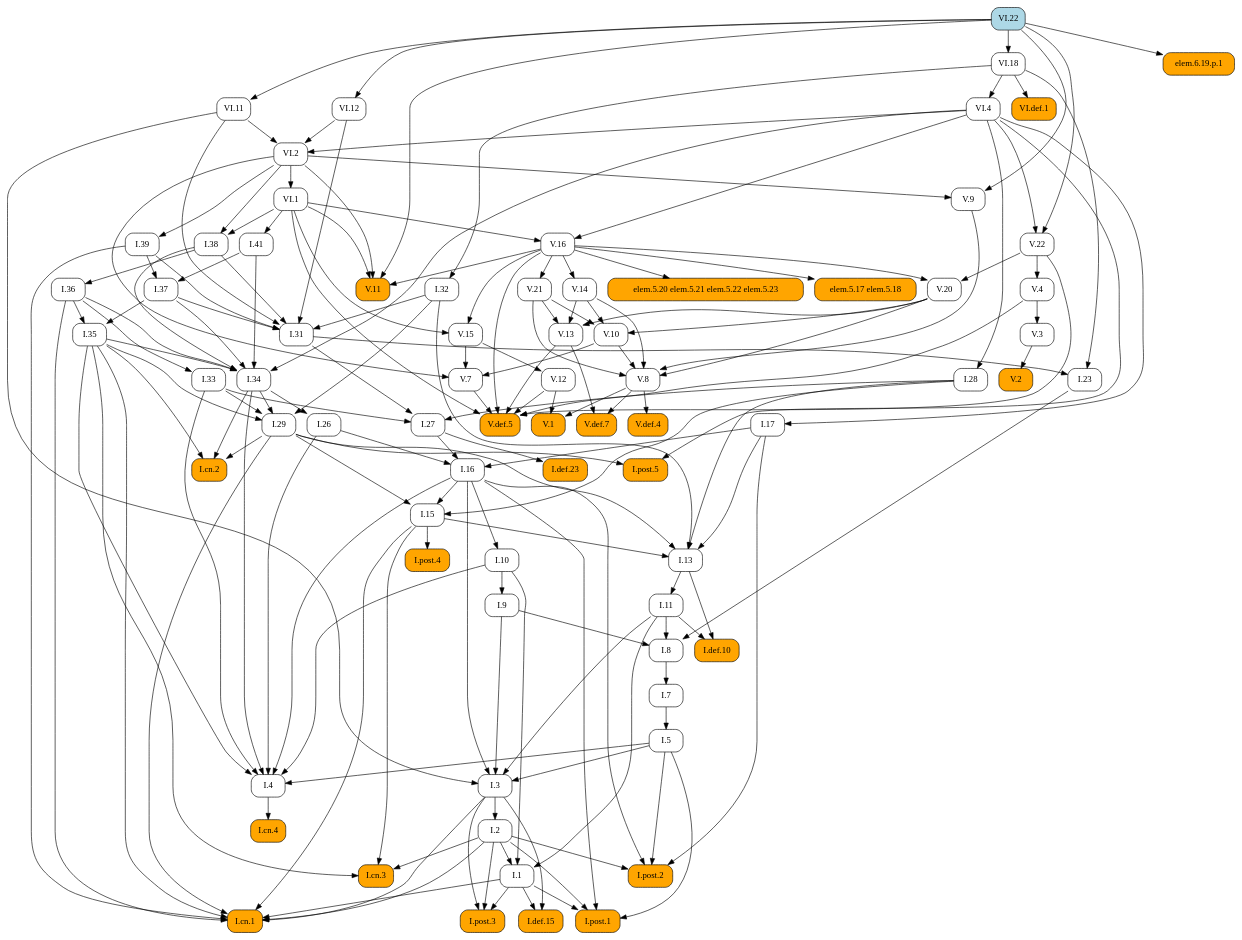
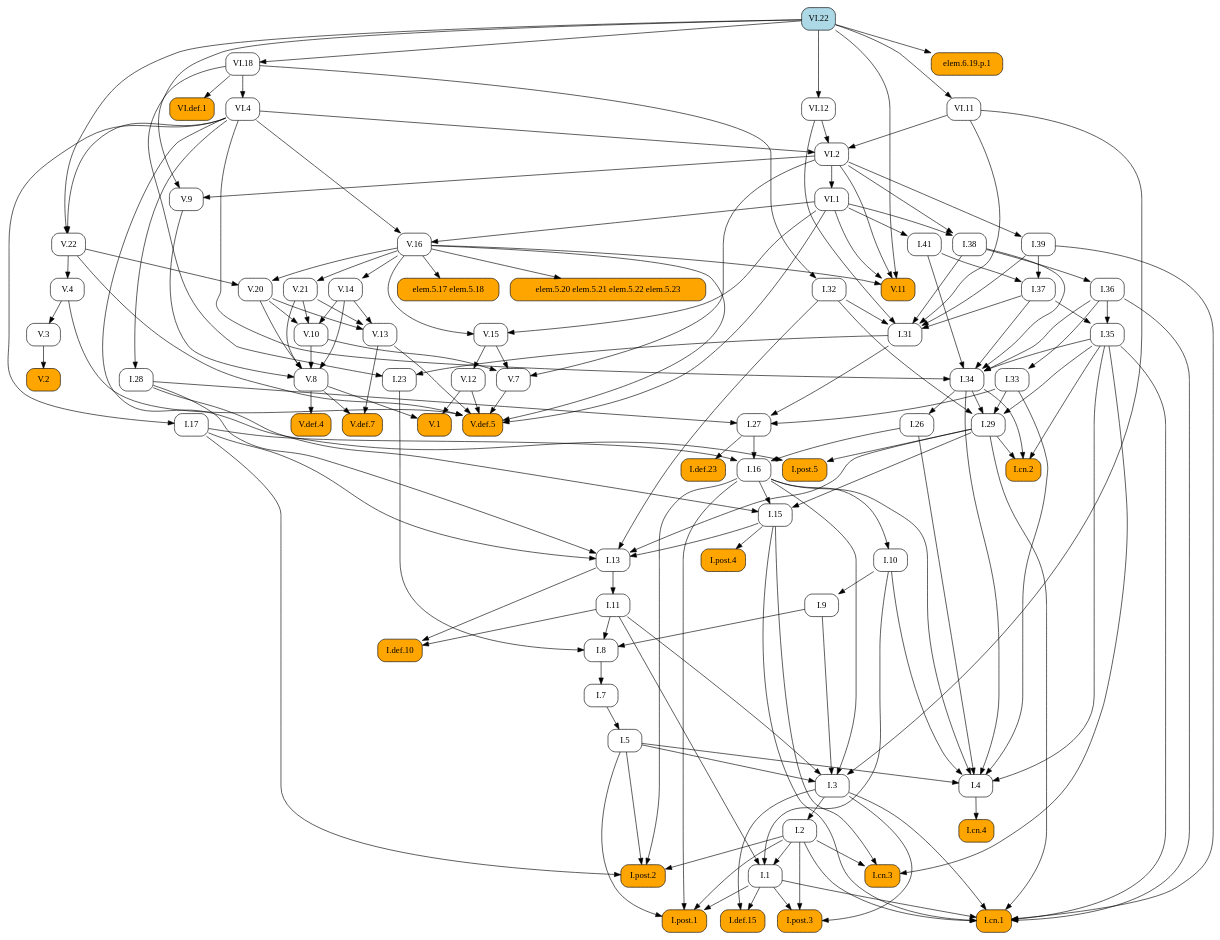
The diagram in docsrc/heath/VI/22/index.rst (geometor/elements), drawn with Graphviz before and after one commit. The commit also changed other lines of this file and 1029 other files, not shown here.

```diff
--- a/docsrc/heath/VI/22/index.rst
+++ b/docsrc/heath/VI/22/index.rst
@@ -92,149 +92,87 @@
    digraph {
      rankdir="TB";
      node [shape=box, style=rounded];
+     "I.def.10" [style="rounded,filled", fillcolor=orange, URL="/heath/I/def.10/", target="_top"];
+     "I.11" [URL="/heath/I/11/", target="_top"];
+     "I.post.4" [style="rounded,filled", fillcolor=orange, URL="/heath/I/post.4/", target="_top"];
+     "I.28" [URL="/heath/I/28/", target="_top"];
+     "I.1" [URL="/heath/I/1/", target="_top"];
+     "VI.18" [URL="/heath/VI/18/", target="_top"];
+     "V.def.5" [style="rounded,filled", fillcolor=orange, URL="/heath/V/def.5/", target="_top"];
+     "V.13" [URL="/heath/V/13/", target="_top"];
+     "V.11" [style="rounded,filled", fillcolor=orange, URL="/heath/V/11/", target="_top"];
+     "I.post.3" [style="rounded,filled", fillcolor=orange, URL="/heath/I/post.3/", target="_top"];
+     "VI.1" [URL="/heath/VI/1/", target="_top"];
+     "I.cn.3" [style="rounded,filled", fillcolor=orange, URL="/heath/I/cn.3/", target="_top"];
+     "V.16" [URL="/heath/V/16/", target="_top"];
+     "VI.11" [URL="/heath/VI/11/", target="_top"];
+     "VI.4" [URL="/heath/VI/4/", target="_top"];
+     "V.3" [URL="/heath/V/3/", target="_top"];
+     "V.8" [URL="/heath/V/8/", target="_top"];
+     "I.27" [URL="/heath/I/27/", target="_top"];
+     "I.36" [URL="/heath/I/36/", target="_top"];
+     "I.41" [URL="/heath/I/41/", target="_top"];
+     "I.37" [URL="/heath/I/37/", target="_top"];
+     "I.34" [URL="/heath/I/34/", target="_top"];
+     "I.2" [URL="/heath/I/2/", target="_top"];
+     "I.def.23" [style="rounded,filled", fillcolor=orange, URL="/heath/I/def.23/", target="_top"];
+     "I.17" [URL="/heath/I/17/", target="_top"];
+     "I.33" [URL="/heath/I/33/", target="_top"];
+     "I.post.2" [style="rounded,filled", fillcolor=orange, URL="/heath/I/post.2/", target="_top"];
+     "VI.def.1" [style="rounded,filled", fillcolor=orange, URL="/heath/VI/def.1/", target="_top"];
+     "elem.5.20 elem.5.21 elem.5.22 elem.5.23" [style="rounded,filled", fillcolor=orange];
+     "I.9" [URL="/heath/I/9/", target="_top"];
+     "VI.22" [style="rounded,filled", fillcolor=lightblue, URL="/heath/VI/22/", target="_top"];
+     "I.32" [URL="/heath/I/32/", target="_top"];
+     "V.def.4" [style="rounded,filled", fillcolor=orange, URL="/heath/V/def.4/", target="_top"];
+     "I.cn.4" [style="rounded,filled", fillcolor=orange, URL="/heath/I/cn.4/", target="_top"];
+     "I.15" [URL="/heath/I/15/", target="_top"];
+     "I.38" [URL="/heath/I/38/", target="_top"];
+     "V.def.7" [style="rounded,filled", fillcolor=orange, URL="/heath/V/def.7/", target="_top"];
+     "I.5" [URL="/heath/I/5/", target="_top"];
+     "V.21" [URL="/heath/V/21/", target="_top"];
+     "I.39" [URL="/heath/I/39/", target="_top"];
+     "VI.12" [URL="/heath/VI/12/", target="_top"];
+     "I.26" [URL="/heath/I/26/", target="_top"];
+     "V.14" [URL="/heath/V/14/", target="_top"];
+     "I.29" [URL="/heath/I/29/", target="_top"];
+     "V.22" [URL="/heath/V/22/", target="_top"];
+     "V.12" [URL="/heath/V/12/", target="_top"];
+     "I.cn.2" [style="rounded,filled", fillcolor=orange, URL="/heath/I/cn.2/", target="_top"];
+     "V.10" [URL="/heath/V/10/", target="_top"];
+     "V.20" [URL="/heath/V/20/", target="_top"];
+     "VI.2" [URL="/heath/VI/2/", target="_top"];
+     "I.def.15" [style="rounded,filled", fillcolor=orange, URL="/heath/I/def.15/", target="_top"];
+     "V.15" [URL="/heath/V/15/", target="_top"];
+     "I.cn.1" [style="rounded,filled", fillcolor=orange, URL="/heath/I/cn.1/", target="_top"];
+     "V.7" [URL="/heath/V/7/", target="_top"];
+     "V.9" [URL="/heath/V/9/", target="_top"];
+     "I.23" [URL="/heath/I/23/", target="_top"];
+     "I.post.1" [style="rounded,filled", fillcolor=orange, URL="/heath/I/post.1/", target="_top"];
+     "elem.6.19.p.1" [style="rounded,filled", fillcolor=orange];
+     "I.35" [URL="/heath/I/35/", target="_top"];
+     "I.7" [URL="/heath/I/7/", target="_top"];
+     "I.3" [URL="/heath/I/3/", target="_top"];
+     "I.4" [URL="/heath/I/4/", target="_top"];
+     "I.13" [URL="/heath/I/13/", target="_top"];
+     "V.4" [URL="/heath/V/4/", target="_top"];
+     "I.31" [URL="/heath/I/31/", target="_top"];
      "V.1" [style="rounded,filled", fillcolor=orange, URL="/heath/V/1/", target="_top"];
-     "I.29" [URL="/heath/I/29/", target="_top"];
-     "I.7" [URL="/heath/I/7/", target="_top"];
-     "I.27" [URL="/heath/I/27/", target="_top"];
-     "I.def.23" [style="rounded,filled", fillcolor=orange, URL="/heath/I/def.23/", target="_top"];
-     "V.20" [URL="/heath/V/20/", target="_top"];
-     "I.34" [URL="/heath/I/34/", target="_top"];
+     "I.16" [URL="/heath/I/16/", target="_top"];
+     "elem.5.17 elem.5.18" [style="rounded,filled", fillcolor=orange];
      "I.8" [URL="/heath/I/8/", target="_top"];
      "V.2" [style="rounded,filled", fillcolor=orange, URL="/heath/V/2/", target="_top"];
-     "I.9" [URL="/heath/I/9/", target="_top"];
-     "V.22" [URL="/heath/V/22/", target="_top"];
-     "I.post.4" [style="rounded,filled", fillcolor=orange, URL="/heath/I/post.4/", target="_top"];
-     "I.2" [URL="/heath/I/2/", target="_top"];
-     "V.4" [URL="/heath/V/4/", target="_top"];
-     "I.28" [URL="/heath/I/28/", target="_top"];
-     "VI.4" [URL="/heath/VI/4/", target="_top"];
-     "I.cn.4" [style="rounded,filled", fillcolor=orange, URL="/heath/I/cn.4/", target="_top"];
-     "VI.2" [URL="/heath/VI/2/", target="_top"];
-     "elem.5.20 elem.5.21 elem.5.22 elem.5.23" [style="rounded,filled", fillcolor=orange];
-     "I.23" [URL="/heath/I/23/", target="_top"];
-     "I.13" [URL="/heath/I/13/", target="_top"];
-     "I.5" [URL="/heath/I/5/", target="_top"];
-     "I.11" [URL="/heath/I/11/", target="_top"];
-     "I.4" [URL="/heath/I/4/", target="_top"];
-     "VI.22" [style="rounded,filled", fillcolor=lightblue, URL="/heath/VI/22/", target="_top"];
-     "I.def.10" [style="rounded,filled", fillcolor=orange, URL="/heath/I/def.10/", target="_top"];
-     "VI.12" [URL="/heath/VI/12/", target="_top"];
-     "I.post.3" [style="rounded,filled", fillcolor=orange, URL="/heath/I/post.3/", target="_top"];
-     "V.9" [URL="/heath/V/9/", target="_top"];
-     "VI.def.1" [style="rounded,filled", fillcolor=orange, URL="/heath/VI/def.1/", target="_top"];
-     "elem.5.17 elem.5.18" [style="rounded,filled", fillcolor=orange];
-     "V.3" [URL="/heath/V/3/", target="_top"];
-     "I.36" [URL="/heath/I/36/", target="_top"];
-     "V.12" [URL="/heath/V/12/", target="_top"];
-     "I.15" [URL="/heath/I/15/", target="_top"];
-     "I.17" [URL="/heath/I/17/", target="_top"];
-     "I.32" [URL="/heath/I/32/", target="_top"];
-     "I.41" [URL="/heath/I/41/", target="_top"];
-     "V.def.5" [style="rounded,filled", fillcolor=orange, URL="/heath/V/def.5/", target="_top"];
-     "I.cn.3" [style="rounded,filled", fillcolor=orange, URL="/heath/I/cn.3/", target="_top"];
-     "I.38" [URL="/heath/I/38/", target="_top"];
-     "V.16" [URL="/heath/V/16/", target="_top"];
-     "V.15" [URL="/heath/V/15/", target="_top"];
-     "V.def.4" [style="rounded,filled", fillcolor=orange, URL="/heath/V/def.4/", target="_top"];
-     "V.21" [URL="/heath/V/21/", target="_top"];
-     "V.8" [URL="/heath/V/8/", target="_top"];
-     "I.def.15" [style="rounded,filled", fillcolor=orange, URL="/heath/I/def.15/", target="_top"];
-     "VI.18" [URL="/heath/VI/18/", target="_top"];
-     "V.7" [URL="/heath/V/7/", target="_top"];
-     "VI.11" [URL="/heath/VI/11/", target="_top"];
-     "V.13" [URL="/heath/V/13/", target="_top"];
-     "I.1" [URL="/heath/I/1/", target="_top"];
-     "I.post.1" [style="rounded,filled", fillcolor=orange, URL="/heath/I/post.1/", target="_top"];
-     "elem.6.19.p.1" [style="rounded,filled", fillcolor=orange];
-     "I.26" [URL="/heath/I/26/", target="_top"];
-     "I.33" [URL="/heath/I/33/", target="_top"];
-     "V.def.7" [style="rounded,filled", fillcolor=orange, URL="/heath/V/def.7/", target="_top"];
-     "I.39" [URL="/heath/I/39/", target="_top"];
-     "I.cn.2" [style="rounded,filled", fillcolor=orange, URL="/heath/I/cn.2/", target="_top"];
-     "V.10" [URL="/heath/V/10/", target="_top"];
+     "I.post.5" [style="rounded,filled", fillcolor=orange, URL="/heath/I/post.5/", target="_top"];
      "I.10" [URL="/heath/I/10/", target="_top"];
-     "I.3" [URL="/heath/I/3/", target="_top"];
-     "I.16" [URL="/heath/I/16/", target="_top"];
-     "I.31" [URL="/heath/I/31/", target="_top"];
-     "V.11" [style="rounded,filled", fillcolor=orange, URL="/heath/V/11/", target="_top"];
-     "I.post.2" [style="rounded,filled", fillcolor=orange, URL="/heath/I/post.2/", target="_top"];
-     "VI.1" [URL="/heath/VI/1/", target="_top"];
-     "I.post.5" [style="rounded,filled", fillcolor=orange, URL="/heath/I/post.5/", target="_top"];
-     "I.35" [URL="/heath/I/35/", target="_top"];
-     "I.cn.1" [style="rounded,filled", fillcolor=orange, URL="/heath/I/cn.1/", target="_top"];
-     "I.37" [URL="/heath/I/37/", target="_top"];
-     "V.14" [URL="/heath/V/14/", target="_top"];
-     "V.8" -> "V.1";
-     "V.12" -> "V.1";
-     "I.32" -> "I.29";
-     "I.33" -> "I.29";
-     "I.34" -> "I.29";
-     "I.35" -> "I.29";
-     "I.8" -> "I.7";
-     "I.28" -> "I.27";
-     "I.31" -> "I.27";
-     "I.33" -> "I.27";
-     "I.27" -> "I.def.23";
-     "V.16" -> "V.20";
-     "V.22" -> "V.20";
-     "I.35" -> "I.34";
-     "I.36" -> "I.34";
-     "I.37" -> "I.34";
-     "I.38" -> "I.34";
-     "I.41" -> "I.34";
-     "VI.4" -> "I.34";
-     "I.9" -> "I.8";
-     "I.11" -> "I.8";
-     "I.23" -> "I.8";
-     "V.3" -> "V.2";
-     "I.10" -> "I.9";
-     "VI.4" -> "V.22";
-     "VI.22" -> "V.22";
-     "I.15" -> "I.post.4";
-     "I.3" -> "I.2";
-     "V.22" -> "V.4";
-     "VI.4" -> "I.28";
-     "VI.18" -> "VI.4";
-     "I.4" -> "I.cn.4";
-     "VI.4" -> "VI.2";
-     "VI.11" -> "VI.2";
-     "VI.12" -> "VI.2";
-     "V.16" -> "elem.5.20 elem.5.21 elem.5.22 elem.5.23";
-     "I.31" -> "I.23";
-     "VI.18" -> "I.23";
-     "I.15" -> "I.13";
-     "I.17" -> "I.13";
-     "I.28" -> "I.13";
-     "I.29" -> "I.13";
-     "I.32" -> "I.13";
-     "I.7" -> "I.5";
-     "I.13" -> "I.11";
-     "I.5" -> "I.4";
-     "I.10" -> "I.4";
-     "I.16" -> "I.4";
-     "I.26" -> "I.4";
-     "I.33" -> "I.4";
-     "I.34" -> "I.4";
-     "I.35" -> "I.4";
      "I.11" -> "I.def.10";
      "I.13" -> "I.def.10";
-     "VI.22" -> "VI.12";
-     "I.1" -> "I.post.3";
-     "I.2" -> "I.post.3";
-     "I.3" -> "I.post.3";
-     "VI.2" -> "V.9";
-     "VI.22" -> "V.9";
-     "VI.18" -> "VI.def.1";
-     "V.16" -> "elem.5.17 elem.5.18";
-     "V.4" -> "V.3";
-     "I.38" -> "I.36";
-     "V.15" -> "V.12";
-     "I.16" -> "I.15";
-     "I.28" -> "I.15";
-     "I.29" -> "I.15";
-     "VI.4" -> "I.17";
-     "VI.18" -> "I.32";
-     "VI.1" -> "I.41";
+     "I.13" -> "I.11";
+     "I.15" -> "I.post.4";
+     "VI.4" -> "I.28";
+     "I.2" -> "I.1";
+     "I.10" -> "I.1";
+     "I.11" -> "I.1";
+     "VI.22" -> "VI.18";
      "V.4" -> "V.def.5";
      "V.7" -> "V.def.5";
      "V.12" -> "V.def.5";
@@ -242,79 +180,92 @@
      "V.16" -> "V.def.5";
      "V.22" -> "V.def.5";
      "VI.1" -> "V.def.5";
+     "V.14" -> "V.13";
+     "V.20" -> "V.13";
+     "V.21" -> "V.13";
+     "V.16" -> "V.11";
+     "VI.1" -> "V.11";
+     "VI.2" -> "V.11";
+     "VI.22" -> "V.11";
+     "I.1" -> "I.post.3";
+     "I.2" -> "I.post.3";
+     "I.3" -> "I.post.3";
+     "VI.2" -> "VI.1";
      "I.2" -> "I.cn.3";
      "I.15" -> "I.cn.3";
      "I.35" -> "I.cn.3";
-     "VI.1" -> "I.38";
-     "VI.2" -> "I.38";
      "VI.1" -> "V.16";
      "VI.4" -> "V.16";
-     "V.16" -> "V.15";
-     "VI.1" -> "V.15";
-     "V.8" -> "V.def.4";
-     "V.16" -> "V.21";
+     "VI.22" -> "VI.11";
+     "VI.18" -> "VI.4";
+     "V.4" -> "V.3";
      "V.9" -> "V.8";
      "V.10" -> "V.8";
      "V.14" -> "V.8";
      "V.20" -> "V.8";
      "V.21" -> "V.8";
-     "I.1" -> "I.def.15";
-     "I.3" -> "I.def.15";
-     "VI.22" -> "VI.18";
-     "V.10" -> "V.7";
-     "V.15" -> "V.7";
-     "VI.2" -> "V.7";
-     "VI.22" -> "VI.11";
-     "V.14" -> "V.13";
-     "V.20" -> "V.13";
-     "V.21" -> "V.13";
-     "I.2" -> "I.1";
-     "I.10" -> "I.1";
-     "I.11" -> "I.1";
-     "I.1" -> "I.post.1";
-     "I.2" -> "I.post.1";
-     "I.5" -> "I.post.1";
-     "I.16" -> "I.post.1";
-     "VI.22" -> "elem.6.19.p.1";
-     "I.34" -> "I.26";
+     "I.28" -> "I.27";
+     "I.31" -> "I.27";
+     "I.33" -> "I.27";
+     "I.38" -> "I.36";
+     "VI.1" -> "I.41";
+     "I.39" -> "I.37";
+     "I.41" -> "I.37";
+     "I.35" -> "I.34";
+     "I.36" -> "I.34";
+     "I.37" -> "I.34";
+     "I.38" -> "I.34";
+     "I.41" -> "I.34";
+     "VI.4" -> "I.34";
+     "I.3" -> "I.2";
+     "I.27" -> "I.def.23";
+     "VI.4" -> "I.17";
      "I.36" -> "I.33";
+     "I.2" -> "I.post.2";
+     "I.5" -> "I.post.2";
+     "I.16" -> "I.post.2";
+     "I.17" -> "I.post.2";
+     "VI.18" -> "VI.def.1";
+     "V.16" -> "elem.5.20 elem.5.21 elem.5.22 elem.5.23";
+     "I.10" -> "I.9";
+     "VI.18" -> "I.32";
+     "V.8" -> "V.def.4";
+     "I.4" -> "I.cn.4";
+     "I.16" -> "I.15";
+     "I.28" -> "I.15";
+     "I.29" -> "I.15";
+     "VI.1" -> "I.38";
+     "VI.2" -> "I.38";
      "V.8" -> "V.def.7";
      "V.13" -> "V.def.7";
+     "I.7" -> "I.5";
+     "V.16" -> "V.21";
      "VI.2" -> "I.39";
+     "VI.22" -> "VI.12";
+     "I.34" -> "I.26";
+     "V.16" -> "V.14";
+     "I.32" -> "I.29";
+     "I.33" -> "I.29";
+     "I.34" -> "I.29";
+     "I.35" -> "I.29";
+     "VI.4" -> "V.22";
+     "VI.22" -> "V.22";
+     "V.15" -> "V.12";
      "I.29" -> "I.cn.2";
      "I.34" -> "I.cn.2";
      "I.35" -> "I.cn.2";
      "V.14" -> "V.10";
      "V.20" -> "V.10";
      "V.21" -> "V.10";
-     "I.16" -> "I.10";
-     "I.5" -> "I.3";
-     "I.9" -> "I.3";
-     "I.11" -> "I.3";
-     "I.16" -> "I.3";
-     "VI.11" -> "I.3";
-     "I.17" -> "I.16";
-     "I.26" -> "I.16";
-     "I.27" -> "I.16";
-     "I.32" -> "I.31";
-     "I.37" -> "I.31";
-     "I.38" -> "I.31";
-     "I.39" -> "I.31";
-     "VI.11" -> "I.31";
-     "VI.12" -> "I.31";
-     "V.16" -> "V.11";
-     "VI.1" -> "V.11";
-     "VI.2" -> "V.11";
-     "VI.22" -> "V.11";
-     "I.2" -> "I.post.2";
-     "I.5" -> "I.post.2";
-     "I.16" -> "I.post.2";
-     "I.17" -> "I.post.2";
-     "VI.2" -> "VI.1";
-     "I.29" -> "I.post.5";
-     "VI.4" -> "I.post.5";
-     "I.36" -> "I.35";
-     "I.37" -> "I.35";
+     "V.16" -> "V.20";
+     "V.22" -> "V.20";
+     "VI.4" -> "VI.2";
+     "VI.11" -> "VI.2";
+     "VI.12" -> "VI.2";
+     "I.1" -> "I.def.15";
+     "I.3" -> "I.def.15";
+     "V.16" -> "V.15";
+     "VI.1" -> "V.15";
      "I.1" -> "I.cn.1";
      "I.2" -> "I.cn.1";
      "I.3" -> "I.cn.1";
@@ -323,7 +274,56 @@
      "I.35" -> "I.cn.1";
      "I.36" -> "I.cn.1";
      "I.39" -> "I.cn.1";
-     "I.39" -> "I.37";
-     "I.41" -> "I.37";
-     "V.16" -> "V.14";
+     "V.10" -> "V.7";
+     "V.15" -> "V.7";
+     "VI.2" -> "V.7";
+     "VI.2" -> "V.9";
+     "VI.22" -> "V.9";
+     "I.31" -> "I.23";
+     "VI.18" -> "I.23";
+     "I.1" -> "I.post.1";
+     "I.2" -> "I.post.1";
+     "I.5" -> "I.post.1";
+     "I.16" -> "I.post.1";
+     "VI.22" -> "elem.6.19.p.1";
+     "I.36" -> "I.35";
+     "I.37" -> "I.35";
+     "I.8" -> "I.7";
+     "I.5" -> "I.3";
+     "I.9" -> "I.3";
+     "I.11" -> "I.3";
+     "I.16" -> "I.3";
+     "VI.11" -> "I.3";
+     "I.5" -> "I.4";
+     "I.10" -> "I.4";
+     "I.16" -> "I.4";
+     "I.26" -> "I.4";
+     "I.33" -> "I.4";
+     "I.34" -> "I.4";
+     "I.35" -> "I.4";
+     "I.15" -> "I.13";
+     "I.17" -> "I.13";
+     "I.28" -> "I.13";
+     "I.29" -> "I.13";
+     "I.32" -> "I.13";
+     "V.22" -> "V.4";
+     "I.32" -> "I.31";
+     "I.37" -> "I.31";
+     "I.38" -> "I.31";
+     "I.39" -> "I.31";
+     "VI.11" -> "I.31";
+     "VI.12" -> "I.31";
+     "V.8" -> "V.1";
+     "V.12" -> "V.1";
+     "I.17" -> "I.16";
+     "I.26" -> "I.16";
+     "I.27" -> "I.16";
+     "V.16" -> "elem.5.17 elem.5.18";
+     "I.9" -> "I.8";
+     "I.11" -> "I.8";
+     "I.23" -> "I.8";
+     "V.3" -> "V.2";
+     "I.29" -> "I.post.5";
+     "VI.4" -> "I.post.5";
+     "I.16" -> "I.10";
    }
```
